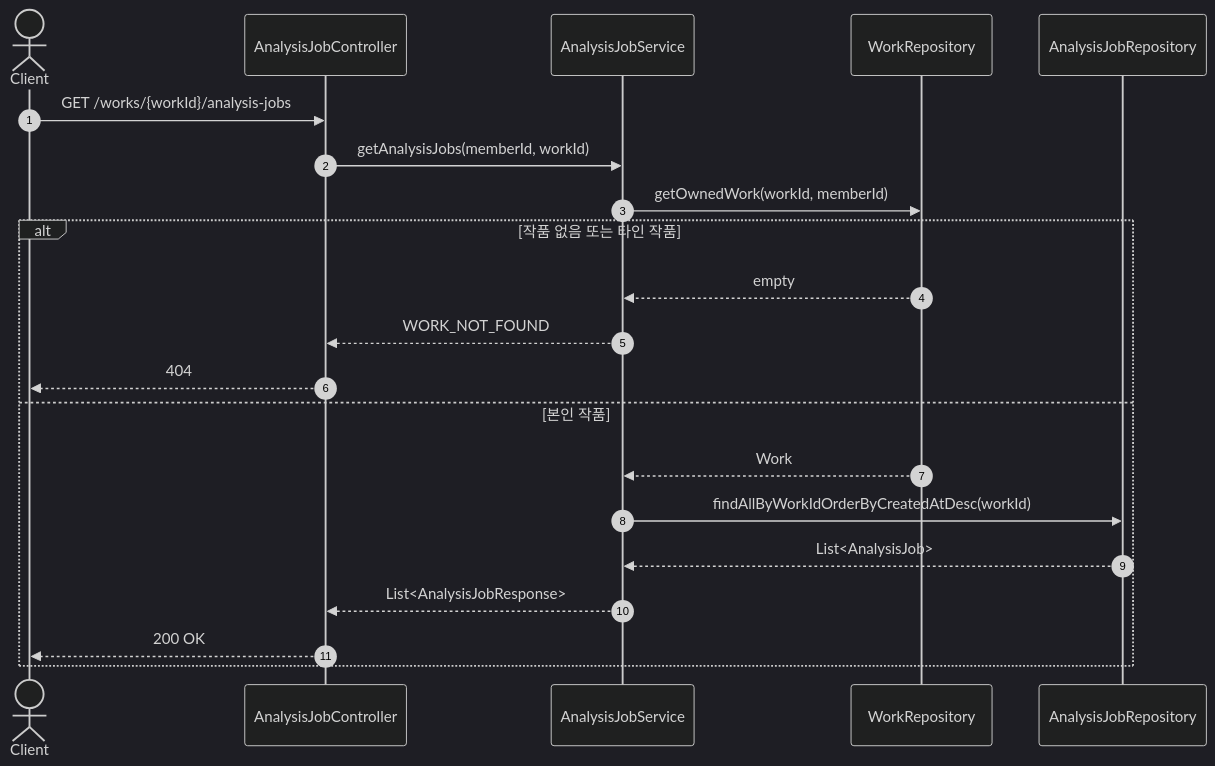
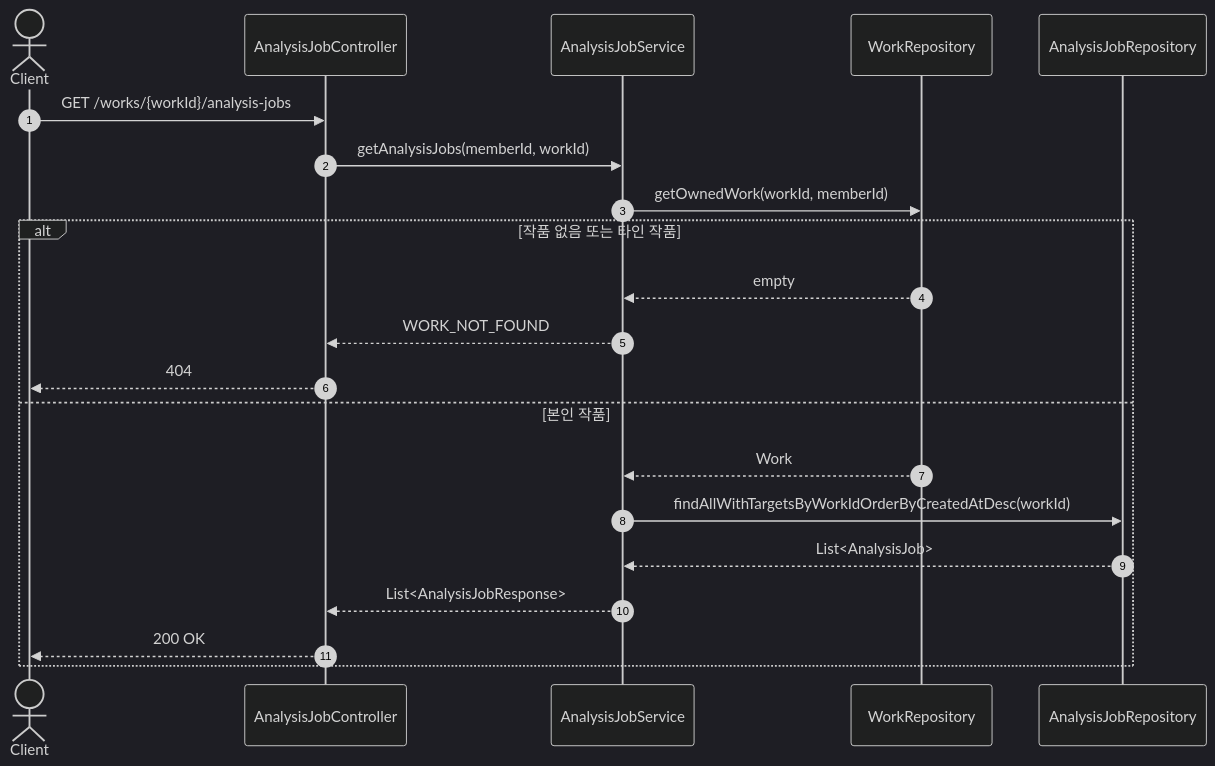
The fifth of 10 diagrams in docs/analysis-workflow.md (catchhole-soma/catchhole-backend-java), drawn with Mermaid (dark theme) before and after one commit. The commit also changed other lines of this file and 8 other files, not shown here.

````diff
--- a/docs/analysis-workflow.md
+++ b/docs/analysis-workflow.md
@@ -156,24 +157,24 @@
 ```mermaid
 sequenceDiagram
     autonumber
     actor Client
     participant Controller as AnalysisJobController
     participant Service as AnalysisJobService
     participant WorkRepo as WorkRepository
     participant JobRepo as AnalysisJobRepository
 
     Client->>Controller: GET /works/{workId}/analysis-jobs
     Controller->>Service: getAnalysisJobs(memberId, workId)
     Service->>WorkRepo: getOwnedWork(workId, memberId)
     alt 작품 없음 또는 타인 작품
         WorkRepo-->>Service: empty
         Service-->>Controller: WORK_NOT_FOUND
         Controller-->>Client: 404
     else 본인 작품
         WorkRepo-->>Service: Work
-        Service->>JobRepo: findAllByWorkIdOrderByCreatedAtDesc(workId)
+        Service->>JobRepo: findAllWithTargetsByWorkIdOrderByCreatedAtDesc(workId)
         JobRepo-->>Service: List<AnalysisJob>
         Service-->>Controller: List<AnalysisJobResponse>
         Controller-->>Client: 200 OK
     end
 ```
````
